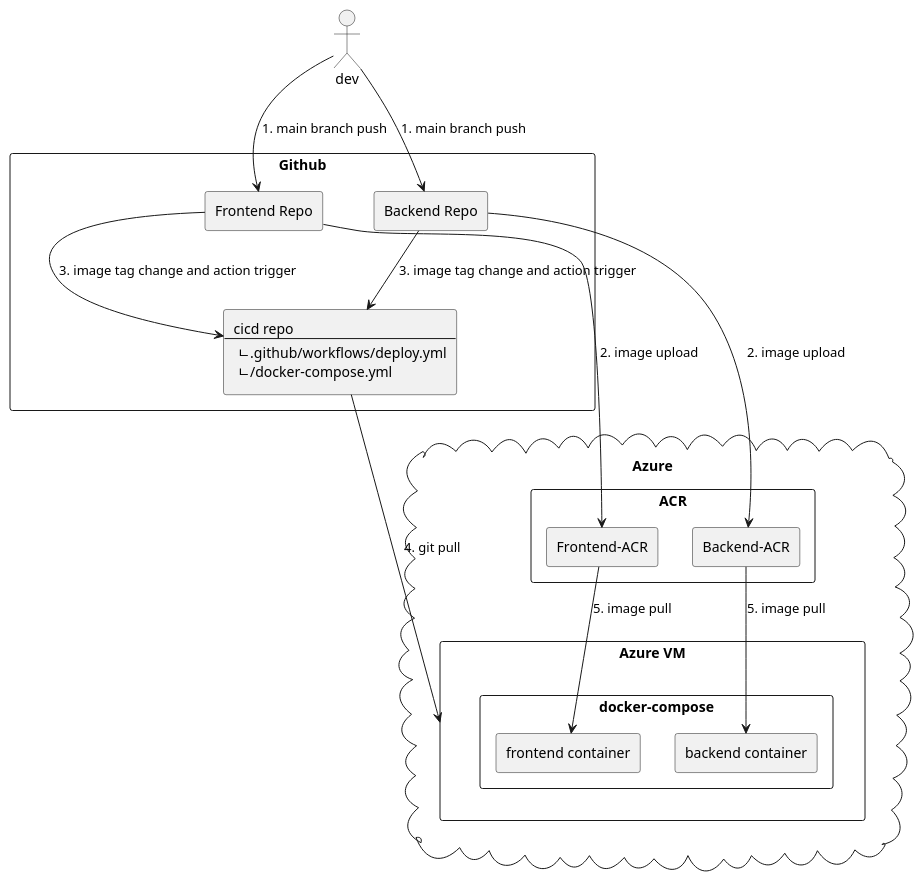
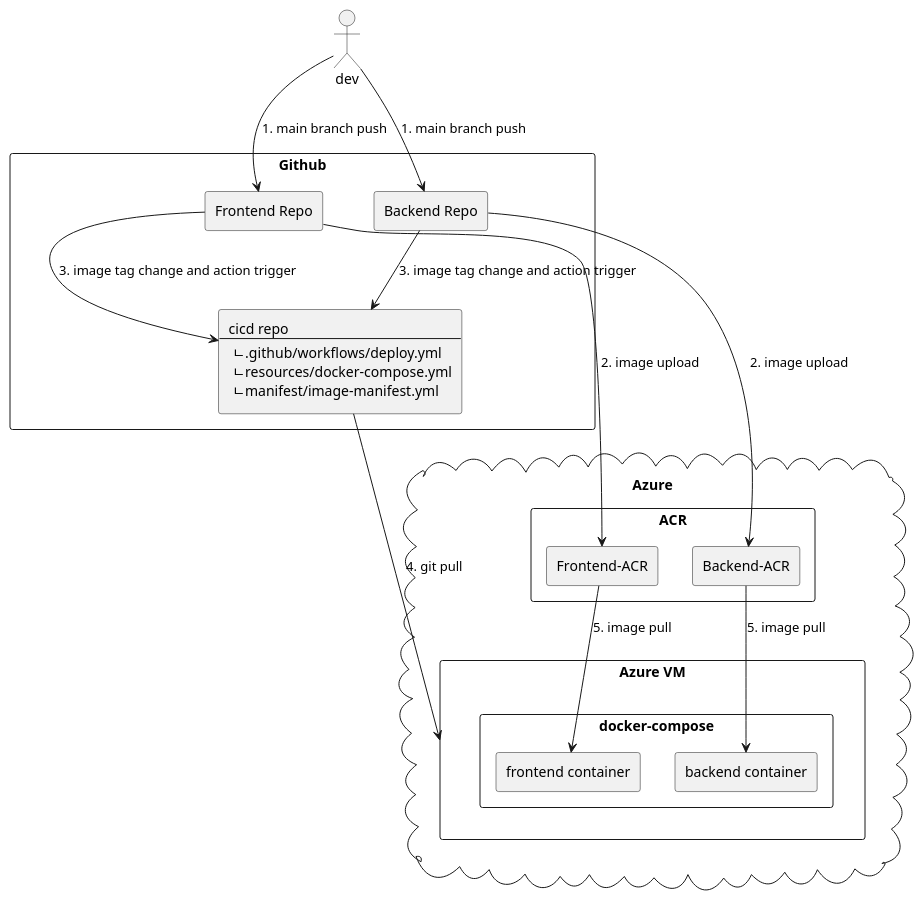
Before and after one commit to Suah-Cho/CICD-pipeline: the diagram in README.md, drawn with PlantUML. The commit also changed other lines of this file, not shown here.

````diff
--- a/README.md
+++ b/README.md
@@ -4,48 +4,49 @@
 ```plantuml
 
 @startuml
 
 actor dev
 
 rectangle "Github" {
     rectangle "Frontend Repo"
     rectangle "Backend Repo"
     rectangle cicd_Repo [
         cicd repo
         ---
          ㄴ.github/workflows/deploy.yml
-         ㄴ/docker-compose.yml
+         ㄴresources/docker-compose.yml
+         ㄴmanifest/image-manifest.yml
     ]
 
     "Frontend Repo" --> cicd_Repo : 3. image tag change and action trigger 
     "Backend Repo" --> cicd_Repo : 3. image tag change and action trigger
 }
 
 cloud "Azure" {
     rectangle "ACR" {
         rectangle "Frontend-ACR"
         rectangle "Backend-ACR"
     }
 
     rectangle "Azure VM" {
         rectangle "docker-compose" {
             rectangle "frontend container"
             rectangle "backend container"
         }
     }
 }
 
 dev --> "Frontend Repo" : 1. main branch push
 dev --> "Backend Repo" : 1. main branch push
 
 "Frontend Repo" ---> "Frontend-ACR" : 2. image upload
 "Backend Repo" ---> "Backend-ACR" : 2. image upload
 
 "cicd_Repo" --> "Azure VM" : 4. git pull
 
 "Frontend-ACR" --> "frontend container" : 5. image pull
 "Backend-ACR" --> "backend container" : 5. image pull
 
 @enduml
 
 ```
````
